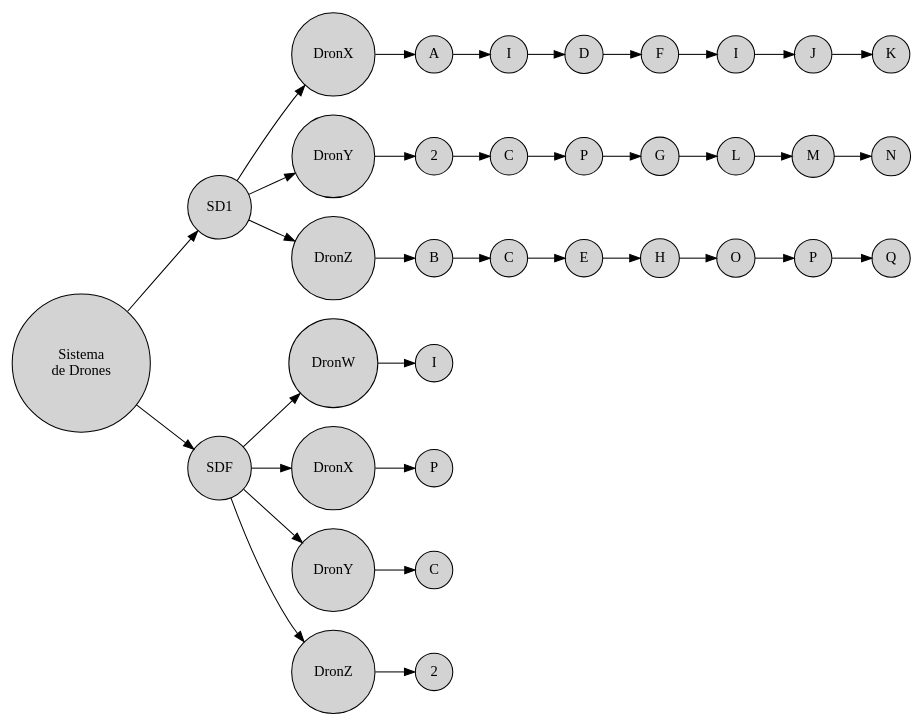
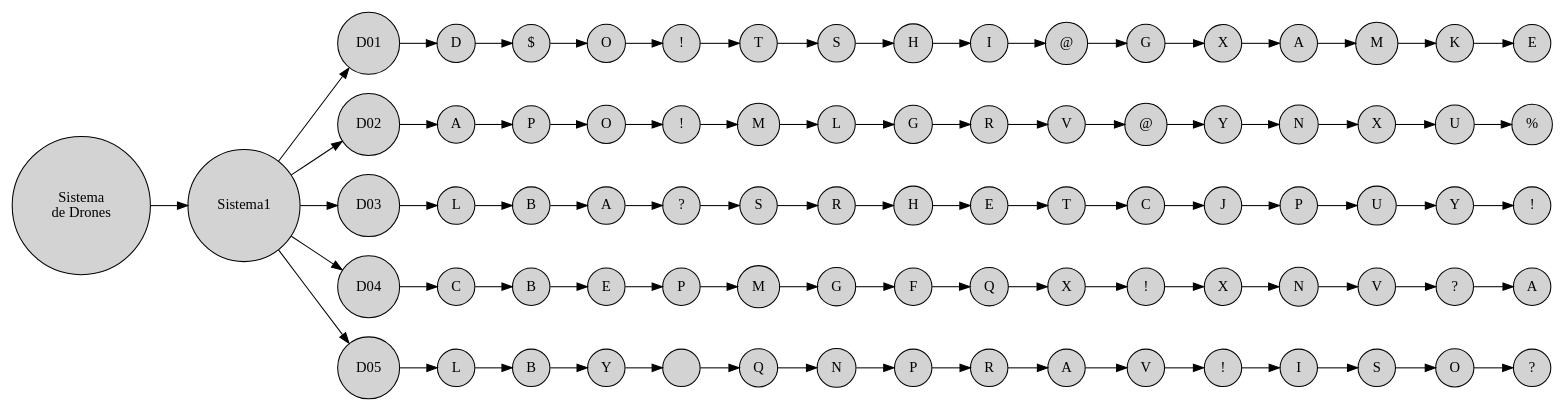
One commit to Juanj098/IPC2_PROYECTO2_201900532 changed the diagram in gsist.dot. Above: the diagram before and after it, drawn with Graphviz. The commit also changed 17 other files, not shown here.

```diff
--- a/gsist.dot
+++ b/gsist.dot
@@ -1,49 +1,93 @@
 digraph G {
     rankdir=LR
     node[shape=circle,style=filled]
     Nodo0[label="Sistema \n de Drones"]
-	Nodo1[label="SD1"]
-	Nodo130[label="DronX"]
-	Nodo131[label="A"]
-	Nodo132[label="I"]
-	Nodo133[label="D"]
-	Nodo134[label="F"]
-	Nodo135[label="I"]
-	Nodo136[label="J"]
-	Nodo137[label="K"]
-	Nodo140[label="DronY"]
-	Nodo141[label="2"]
-	Nodo142[label="C"]
-	Nodo143[label="P"]
-	Nodo144[label="G"]
-	Nodo145[label="L"]
-	Nodo146[label="M"]
-	Nodo147[label="N"]
-	Nodo150[label="DronZ"]
-	Nodo151[label="B"]
-	Nodo152[label="C"]
-	Nodo153[label="E"]
-	Nodo154[label="H"]
-	Nodo155[label="O"]
-	Nodo156[label="P"]
-	Nodo157[label="Q"]
-	Nodo2[label="SDF"]
-	Nodo220[label="DronW"]
-	Nodo221[label="I"]
-	Nodo230[label="DronX"]
-	Nodo231[label="P"]
-	Nodo240[label="DronY"]
-	Nodo241[label="C"]
-	Nodo250[label="DronZ"]
-	Nodo251[label="2"]
+	Nodo1[label="Sistema1"]
+	Nodo110[label="D01"]
+	Nodo111[label="D"]
+	Nodo112[label="$"]
+	Nodo113[label="O"]
+	Nodo114[label="!"]
+	Nodo115[label="T"]
+	Nodo116[label="S"]
+	Nodo117[label="H"]
+	Nodo118[label="I"]
+	Nodo119[label="@"]
+	Nodo1110[label="G"]
+	Nodo1111[label="X"]
+	Nodo1112[label="A"]
+	Nodo1113[label="M"]
+	Nodo1114[label="K"]
+	Nodo1115[label="E"]
+	Nodo120[label="D02"]
+	Nodo121[label="A"]
+	Nodo122[label="P"]
+	Nodo123[label="O"]
+	Nodo124[label="!"]
+	Nodo125[label="M"]
+	Nodo126[label="L"]
+	Nodo127[label="G"]
+	Nodo128[label="R"]
+	Nodo129[label="V"]
+	Nodo1210[label="@"]
+	Nodo1211[label="Y"]
+	Nodo1212[label="N"]
+	Nodo1213[label="X"]
+	Nodo1214[label="U"]
+	Nodo1215[label="%"]
+	Nodo130[label="D03"]
+	Nodo131[label="L"]
+	Nodo132[label="B"]
+	Nodo133[label="A"]
+	Nodo134[label="?"]
+	Nodo135[label="S"]
+	Nodo136[label="R"]
+	Nodo137[label="H"]
+	Nodo138[label="E"]
+	Nodo139[label="T"]
+	Nodo1310[label="C"]
+	Nodo1311[label="J"]
+	Nodo1312[label="P"]
+	Nodo1313[label="U"]
+	Nodo1314[label="Y"]
+	Nodo1315[label="!"]
+	Nodo140[label="D04"]
+	Nodo141[label="C"]
+	Nodo142[label="B"]
+	Nodo143[label="E"]
+	Nodo144[label="P"]
+	Nodo145[label="M"]
+	Nodo146[label="G"]
+	Nodo147[label="F"]
+	Nodo148[label="Q"]
+	Nodo149[label="X"]
+	Nodo1410[label="!"]
+	Nodo1411[label="X"]
+	Nodo1412[label="N"]
+	Nodo1413[label="V"]
+	Nodo1414[label="?"]
+	Nodo1415[label="A"]
+	Nodo150[label="D05"]
+	Nodo151[label="L"]
+	Nodo152[label="B"]
+	Nodo153[label="Y"]
+	Nodo154[label=" "]
+	Nodo155[label="Q"]
+	Nodo156[label="N"]
+	Nodo157[label="P"]
+	Nodo158[label="R"]
+	Nodo159[label="A"]
+	Nodo1510[label="V"]
+	Nodo1511[label="!"]
+	Nodo1512[label="I"]
+	Nodo1513[label="S"]
+	Nodo1514[label="O"]
+	Nodo1515[label="?"]
 	Nodo0 -> Nodo1
-	Nodo1 -> Nodo130 -> Nodo131 -> Nodo132 -> Nodo133 -> Nodo134 -> Nodo135 -> Nodo136 -> Nodo137
-	Nodo1 -> Nodo140 -> Nodo141 -> Nodo142 -> Nodo143 -> Nodo144 -> Nodo145 -> Nodo146 -> Nodo147
-	Nodo1 -> Nodo150 -> Nodo151 -> Nodo152 -> Nodo153 -> Nodo154 -> Nodo155 -> Nodo156 -> Nodo157
-	Nodo0 -> Nodo2
-	Nodo2 -> Nodo220 -> Nodo221
-	Nodo2 -> Nodo230 -> Nodo231
-	Nodo2 -> Nodo240 -> Nodo241
-	Nodo2 -> Nodo250 -> Nodo251
+	Nodo1 -> Nodo110 -> Nodo111 -> Nodo112 -> Nodo113 -> Nodo114 -> Nodo115 -> Nodo116 -> Nodo117 -> Nodo118 -> Nodo119 -> Nodo1110 -> Nodo1111 -> Nodo1112 -> Nodo1113 -> Nodo1114 -> Nodo1115
+	Nodo1 -> Nodo120 -> Nodo121 -> Nodo122 -> Nodo123 -> Nodo124 -> Nodo125 -> Nodo126 -> Nodo127 -> Nodo128 -> Nodo129 -> Nodo1210 -> Nodo1211 -> Nodo1212 -> Nodo1213 -> Nodo1214 -> Nodo1215
+	Nodo1 -> Nodo130 -> Nodo131 -> Nodo132 -> Nodo133 -> Nodo134 -> Nodo135 -> Nodo136 -> Nodo137 -> Nodo138 -> Nodo139 -> Nodo1310 -> Nodo1311 -> Nodo1312 -> Nodo1313 -> Nodo1314 -> Nodo1315
+	Nodo1 -> Nodo140 -> Nodo141 -> Nodo142 -> Nodo143 -> Nodo144 -> Nodo145 -> Nodo146 -> Nodo147 -> Nodo148 -> Nodo149 -> Nodo1410 -> Nodo1411 -> Nodo1412 -> Nodo1413 -> Nodo1414 -> Nodo1415
+	Nodo1 -> Nodo150 -> Nodo151 -> Nodo152 -> Nodo153 -> Nodo154 -> Nodo155 -> Nodo156 -> Nodo157 -> Nodo158 -> Nodo159 -> Nodo1510 -> Nodo1511 -> Nodo1512 -> Nodo1513 -> Nodo1514 -> Nodo1515
 
 }
```
